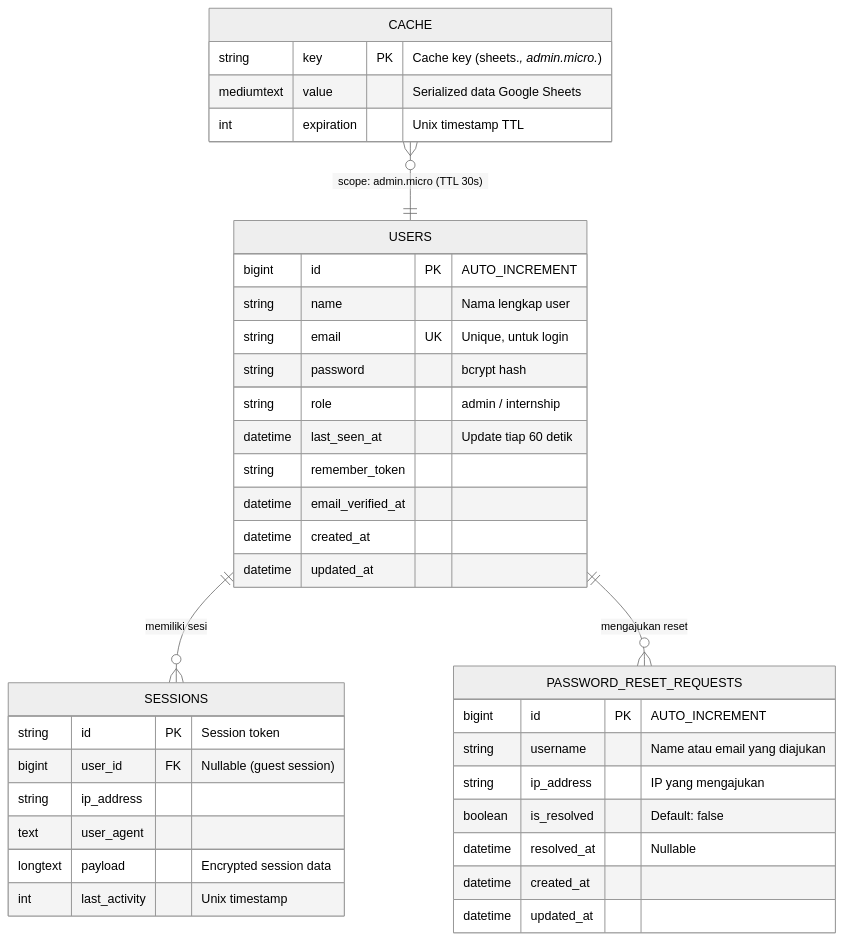
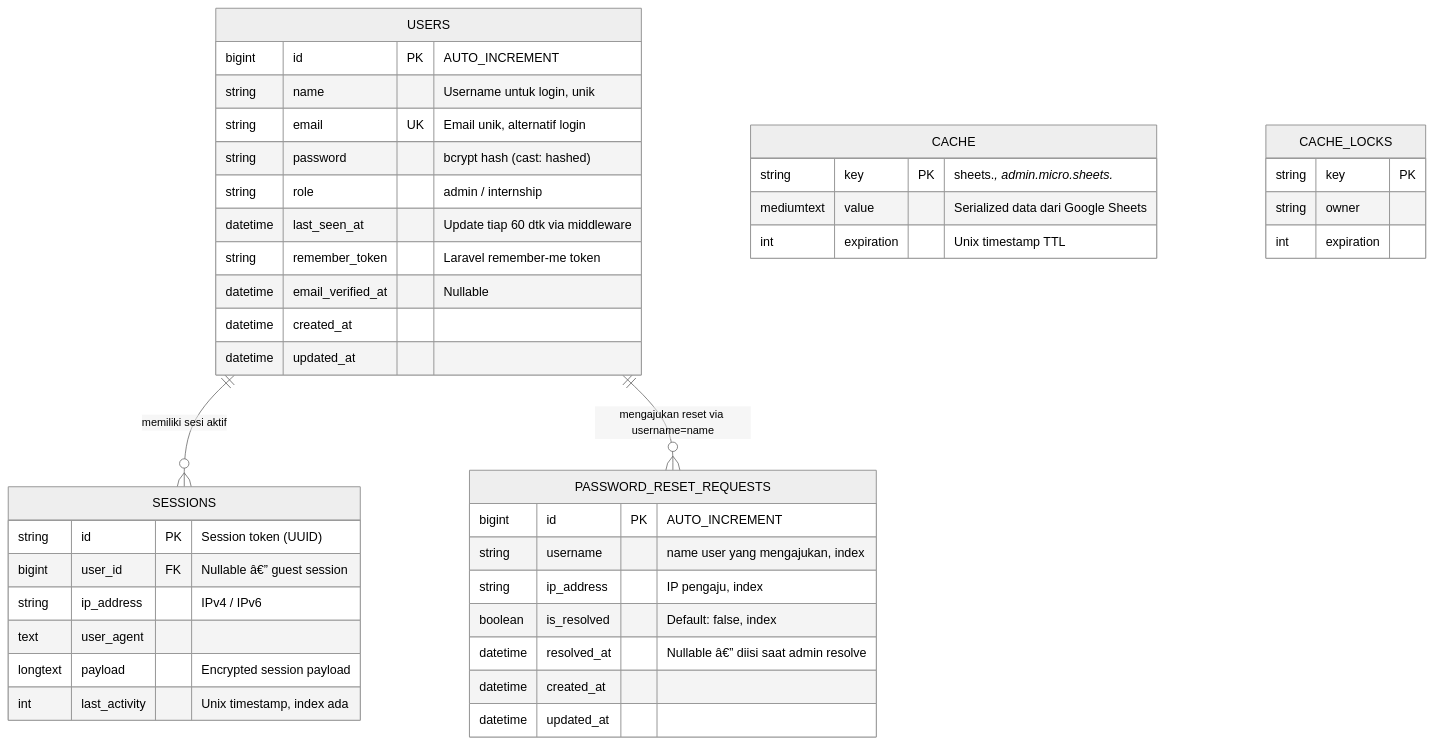
One commit to Rpl087/PROJECT-MAGANG changed the fifth of 6 diagrams in README.md. Above: the diagram before and after it, drawn with Mermaid (neutral theme). The commit also changed other lines of this file, not shown here.

````diff
--- a/README.md
+++ b/README.md
@@ -363,44 +413,49 @@
 ```mermaid
 erDiagram
     USERS {
         bigint id PK "AUTO_INCREMENT"
-        string name "Nama lengkap user"
-        string email UK "Unique, untuk login"
-        string password "bcrypt hash"
+        string name "Username untuk login, unik"
+        string email UK "Email unik, alternatif login"
+        string password "bcrypt hash (cast: hashed)"
         string role "admin / internship"
-        datetime last_seen_at "Update tiap 60 detik"
-        string remember_token
-        datetime email_verified_at
+        datetime last_seen_at "Update tiap 60 dtk via middleware"
+        string remember_token "Laravel remember-me token"
+        datetime email_verified_at "Nullable"
         datetime created_at
         datetime updated_at
     }
 
     SESSIONS {
-        string id PK "Session token"
-        bigint user_id FK "Nullable (guest session)"
-        string ip_address
+        string id PK "Session token (UUID)"
+        bigint user_id FK "Nullable â€” guest session"
+        string ip_address "IPv4 / IPv6"
         text user_agent
-        longtext payload "Encrypted session data"
-        int last_activity "Unix timestamp"
+        longtext payload "Encrypted session payload"
+        int last_activity "Unix timestamp, index ada"
     }
 
     PASSWORD_RESET_REQUESTS {
         bigint id PK "AUTO_INCREMENT"
-        string username "Name atau email yang diajukan"
-        string ip_address "IP yang mengajukan"
-        boolean is_resolved "Default: false"
-        datetime resolved_at "Nullable"
+        string username "name user yang mengajukan, index"
+        string ip_address "IP pengaju, index"
+        boolean is_resolved "Default: false, index"
+        datetime resolved_at "Nullable â€” diisi saat admin resolve"
         datetime created_at
         datetime updated_at
     }
 
     CACHE {
-        string key PK "Cache key (sheets.*, admin.micro.*)"
-        mediumtext value "Serialized data Google Sheets"
+        string key PK "sheets.*, admin.micro.sheets.*"
+        mediumtext value "Serialized data dari Google Sheets"
         int expiration "Unix timestamp TTL"
     }
 
-    USERS ||--o{ SESSIONS : "memiliki sesi"
-    USERS ||--o{ PASSWORD_RESET_REQUESTS : "mengajukan reset"
-    CACHE }o--|| USERS : "scope: admin.micro (TTL 30s)"
+    CACHE_LOCKS {
+        string key PK
+        string owner
+        int expiration
+    }
+
+    USERS ||--o{ SESSIONS : "memiliki sesi aktif"
+    USERS ||--o{ PASSWORD_RESET_REQUESTS : "mengajukan reset via username=name"
 ```
````
